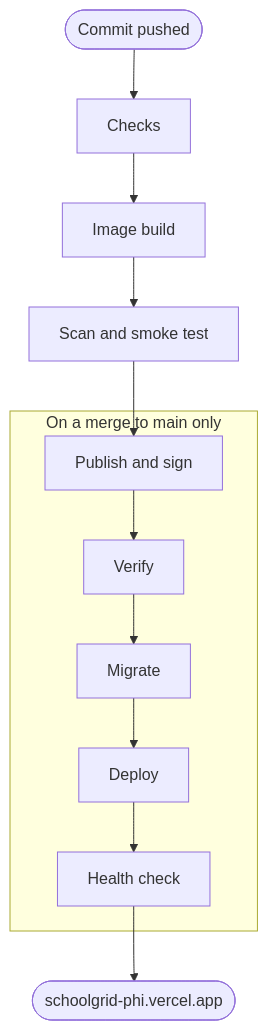
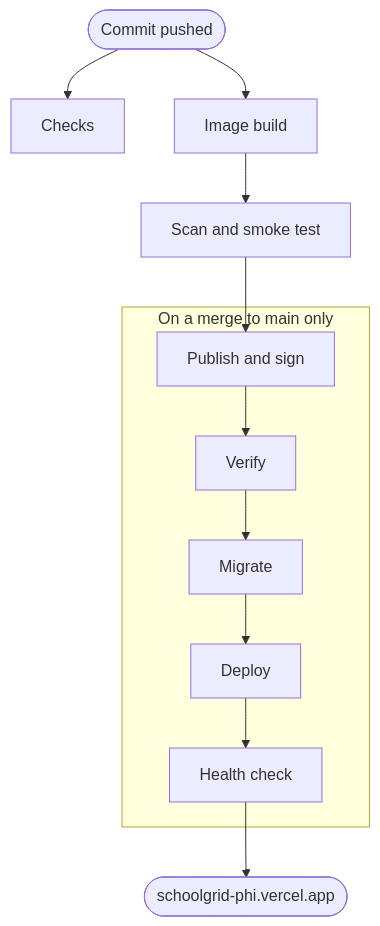
Before and after one commit to aszeffs/SchoolGrid: the diagram in README.md, drawn with Mermaid. The commit also changed other lines of this file, not shown here.

````diff
--- a/README.md
+++ b/README.md
@@ -13,16 +13,16 @@
 ```mermaid
 flowchart TD
     commit([Commit pushed]) --> checks[Checks]
-    checks --> build[Image build]
+    commit --> build[Image build]
     build --> scan[Scan and smoke test]
 
     subgraph main ["On a merge to main only"]
         publish[Publish and sign] --> verify[Verify]
         verify --> migrate[Migrate]
         migrate --> deploy[Deploy]
         deploy --> health[Health check]
     end
 
     scan --> publish
     health --> live([schoolgrid-phi.vercel.app])
 ```
````
